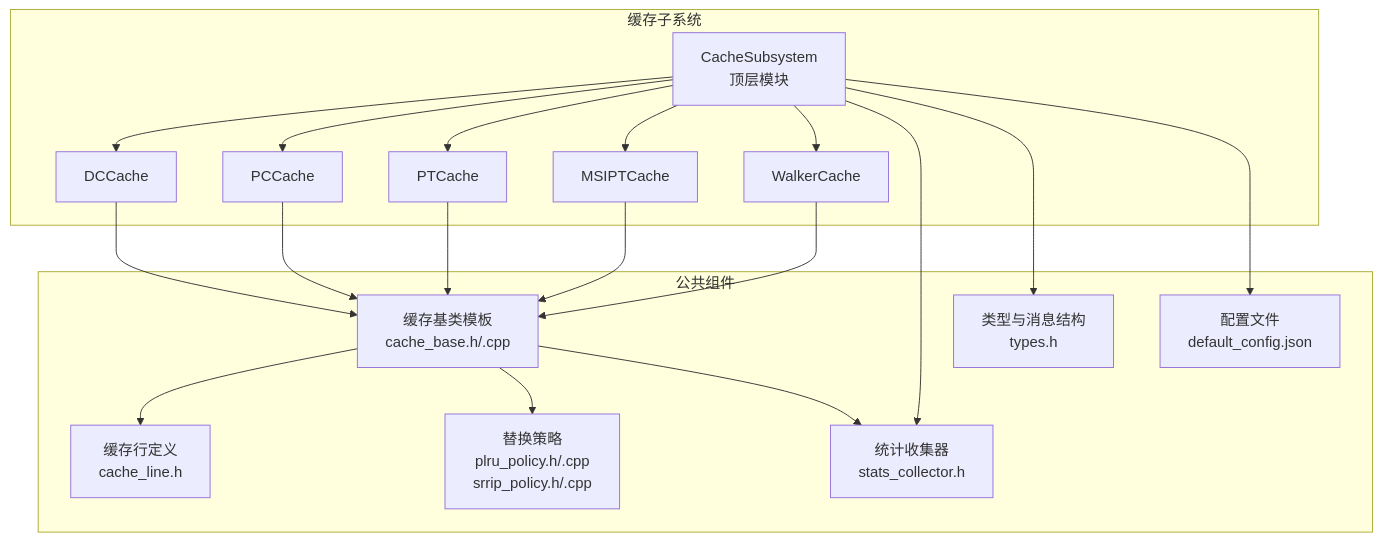
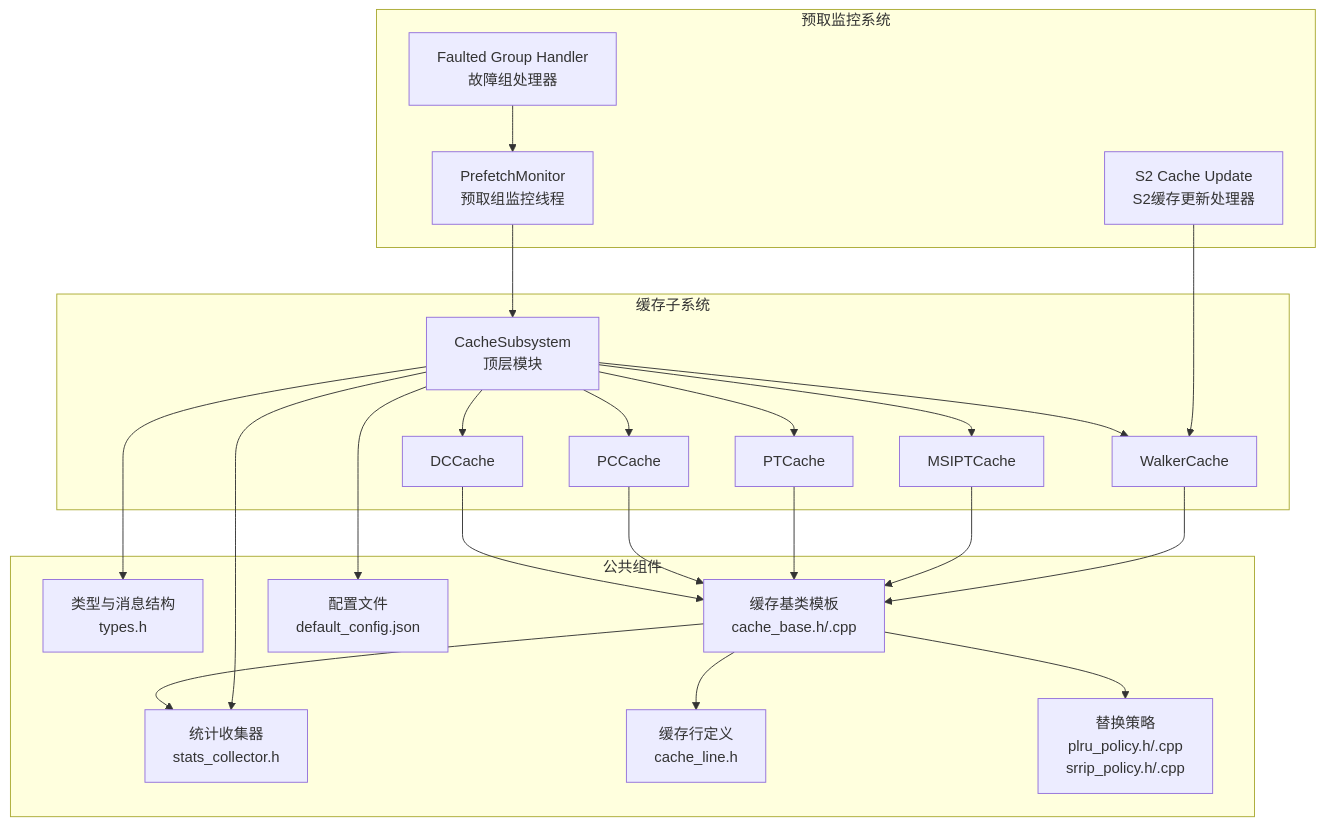
The first of 11 diagrams in .qoder/repowiki/zh/content/缓存系统/缓存系统.md (jiangjiang1122/iommu_model_20260401_v1), drawn with Mermaid before and after one commit. The commit also changed other lines of this file and 21 other files, not shown here.

````diff
--- a/.qoder/repowiki/zh/content/缓存系统/缓存系统.md
+++ b/.qoder/repowiki/zh/content/缓存系统/缓存系统.md
@@ -46,35 +61,43 @@
 ```mermaid
 graph TB
 subgraph "缓存子系统"
 CS["CacheSubsystem<br/>顶层模块"]
 DC["DCCache"]
 PC["PCCache"]
 PT["PTCache"]
 MSI["MSIPTCache"]
 WC["WalkerCache"]
+end
+subgraph "预取监控系统"
+PM["PrefetchMonitor<br/>预取组监控线程"]
+S2U["S2 Cache Update<br/>S2缓存更新处理器"]
+FDH["Faulted Group Handler<br/>故障组处理器"]
 end
 subgraph "公共组件"
 Types["类型与消息结构<br/>types.h"]
 Stats["统计收集器<br/>stats_collector.h"]
 Base["缓存基类模板<br/>cache_base.h/.cpp"]
 Line["缓存行定义<br/>cache_line.h"]
 REPL["替换策略<br/>plru_policy.h/.cpp<br/>srrip_policy.h/.cpp"]
 CFG["配置文件<br/>default_config.json"]
 end
 CS --> DC
 CS --> PC
 CS --> PT
 CS --> MSI
 CS --> WC
+PM --> CS
+S2U --> WC
+FDH --> PM
 DC --> Base
 PC --> Base
 PT --> Base
 MSI --> Base
 WC --> Base
 Base --> Line
 Base --> REPL
 Base --> Stats
 CS --> Stats
 CS --> Types
 CS --> CFG
 ```
````
